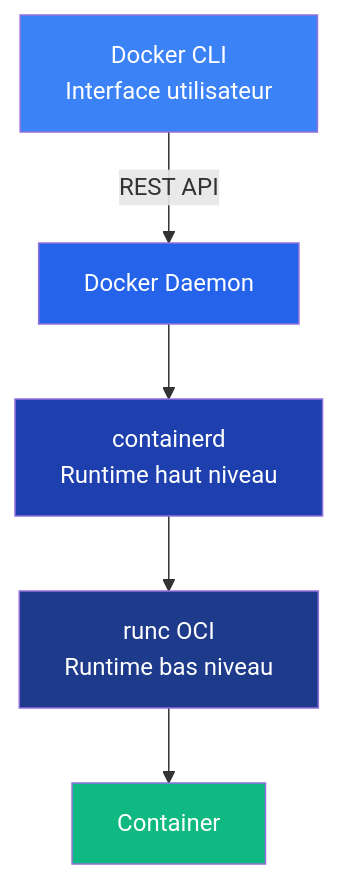
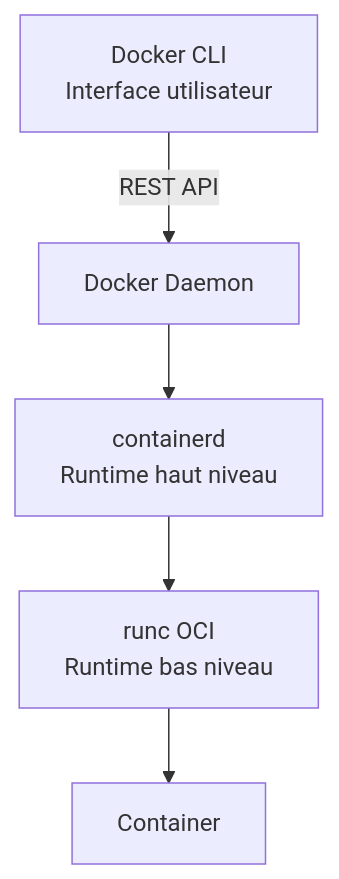
The diagram in slides/jour1-fondamentaux.md (Foreach-Academy-France/formation-virtualisation-docker), drawn with Mermaid before and after one commit.

Commit message:
Fix Mermaid diagram: use flowchart instead of graph

```diff
--- a/slides/jour1-fondamentaux.md
+++ b/slides/jour1-fondamentaux.md
@@ -356,14 +356,8 @@
 <div class="mermaid">
-graph TD
+flowchart TD
     CLI[Docker CLI<br/>Interface utilisateur]
     CLI -->|REST API| Daemon[Docker Daemon]
     Daemon --> containerd[containerd<br/>Runtime haut niveau]
     containerd --> runc[runc OCI<br/>Runtime bas niveau]
     runc --> Container[Container]
-
-    style CLI fill:#3b82f6,color:#fff
-    style Daemon fill:#2563eb,color:#fff
-    style containerd fill:#1e40af,color:#fff
-    style runc fill:#1e3a8a,color:#fff
-    style Container fill:#10b981,color:#fff
 </div>
```
